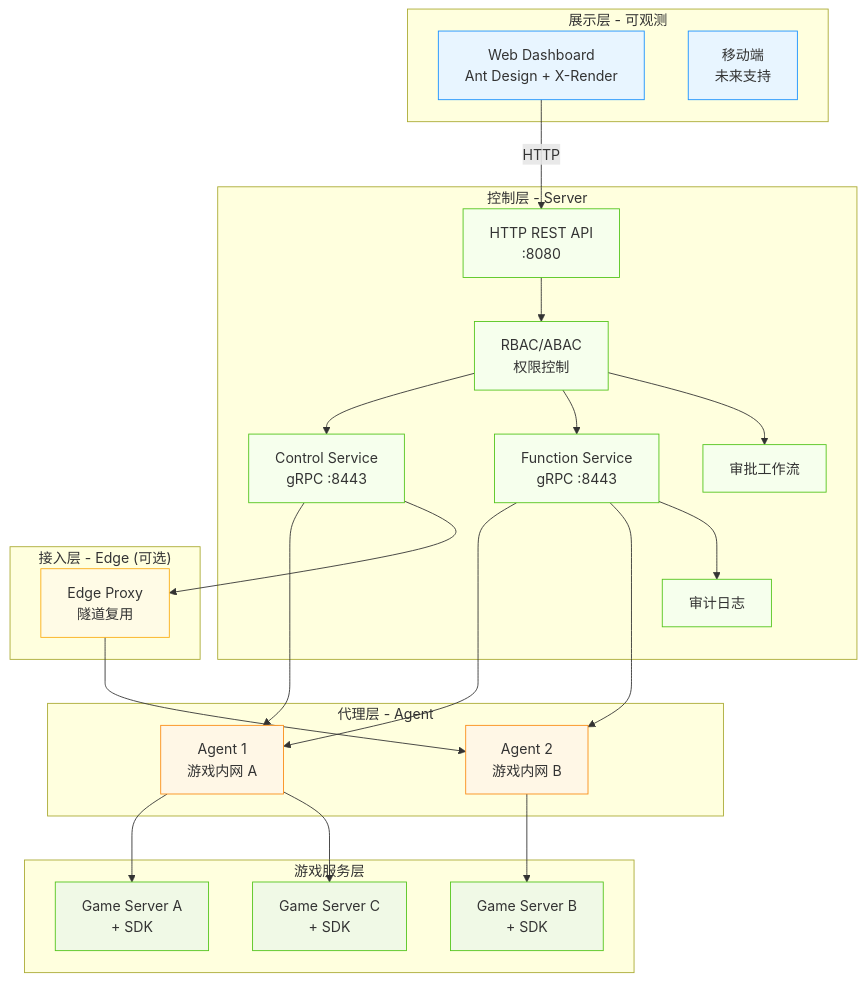
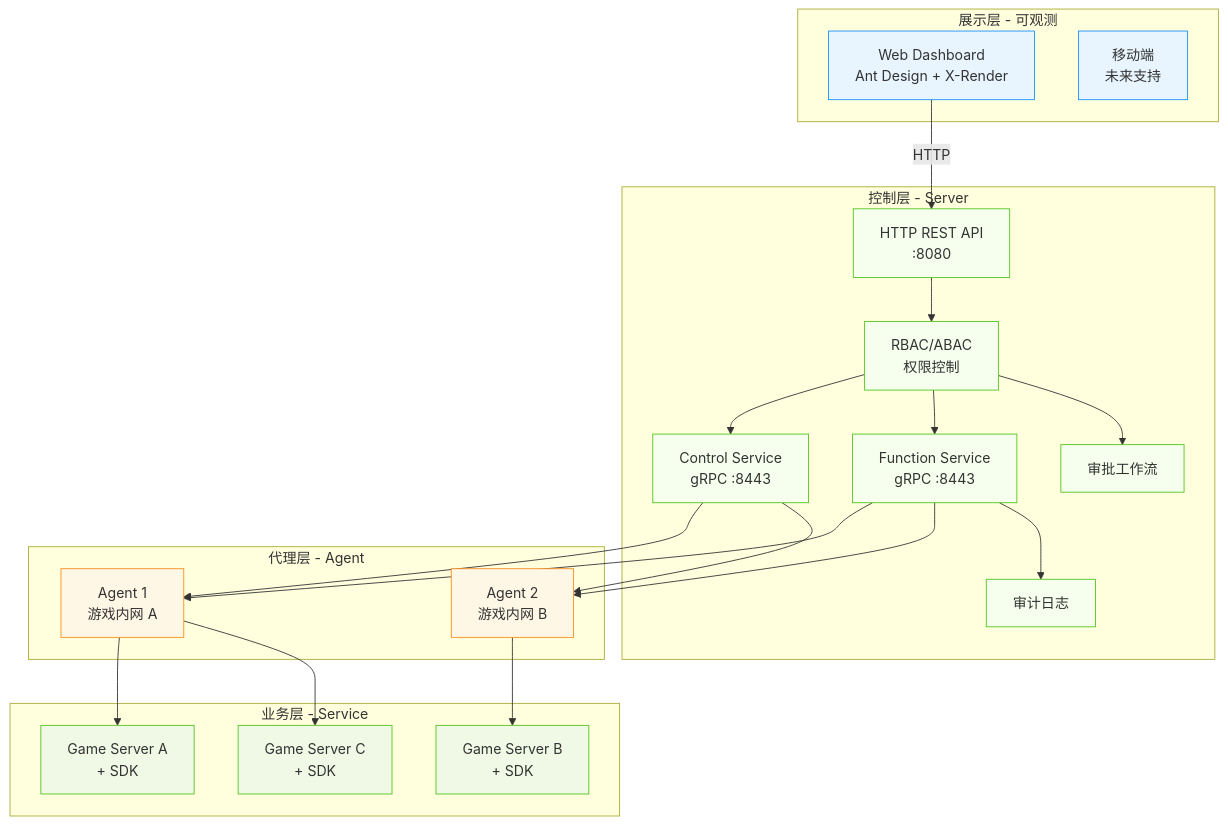
Before and after one commit to cuihairu/croupier: the diagram in docs/architecture/README.md, drawn with Mermaid. The commit also changed other lines of this file and 69 other files, not shown here.

````diff
--- a/docs/architecture/README.md
+++ b/docs/architecture/README.md
@@ -18,59 +18,52 @@
 ```mermaid
 graph TB
   subgraph "展示层 - 可观测"
     Dashboard[Web Dashboard<br/>Ant Design + X-Render]
     Mobile[移动端<br/>未来支持]
   end
 
   subgraph "控制层 - Server"
     API[HTTP REST API<br/>:8080]
     Control[Control Service<br/>gRPC :8443]
     Function[Function Service<br/>gRPC :8443]
     RBAC[RBAC/ABAC<br/>权限控制]
     Audit[审计日志]
     Approval[审批工作流]
   end
 
-  subgraph "接入层 - Edge (可选)"
-    Edge[Edge Proxy<br/>隧道复用]
-  end
-
   subgraph "代理层 - Agent"
     Agent1[Agent 1<br/>游戏内网 A]
     Agent2[Agent 2<br/>游戏内网 B]
   end
 
-  subgraph "游戏服务层"
+  subgraph "业务层 - Service"
     GS1[Game Server A<br/>+ SDK]
     GS2[Game Server B<br/>+ SDK]
     GS3[Game Server C<br/>+ SDK]
   end
 
   Dashboard -->|HTTP| API
   API --> RBAC
   RBAC --> Control
   RBAC --> Function
   Control --> Agent1
-  Control --> Edge
-  Edge --> Agent2
+  Control --> Agent2
   Function --> Agent1
   Function --> Agent2
   Agent1 --> GS1
   Agent2 --> GS2
   Agent1 --> GS3
 
   Function --> Audit
   RBAC --> Approval
 
   classDef ui fill:#e8f5ff,stroke:#1890ff
   classDef server fill:#f6ffed,stroke:#52c41a
   classDef agent fill:#fff7e6,stroke:#fa8c16
-  classDef game fill:#f0f9e6,stroke:#52c41a
-  classDef edge fill:#fffbe6,stroke:#faad14
+  classDef service fill:#f0f9e6,stroke:#52c41a
 
   class Dashboard,Mobile ui
   class API,Control,Function,RBAC,Audit,Approval server
-  class Edge edge
   class Agent1,Agent2 agent
-  class GS1,GS2,GS3 game
+  class GS1,GS2,GS3 service
 ```
````
